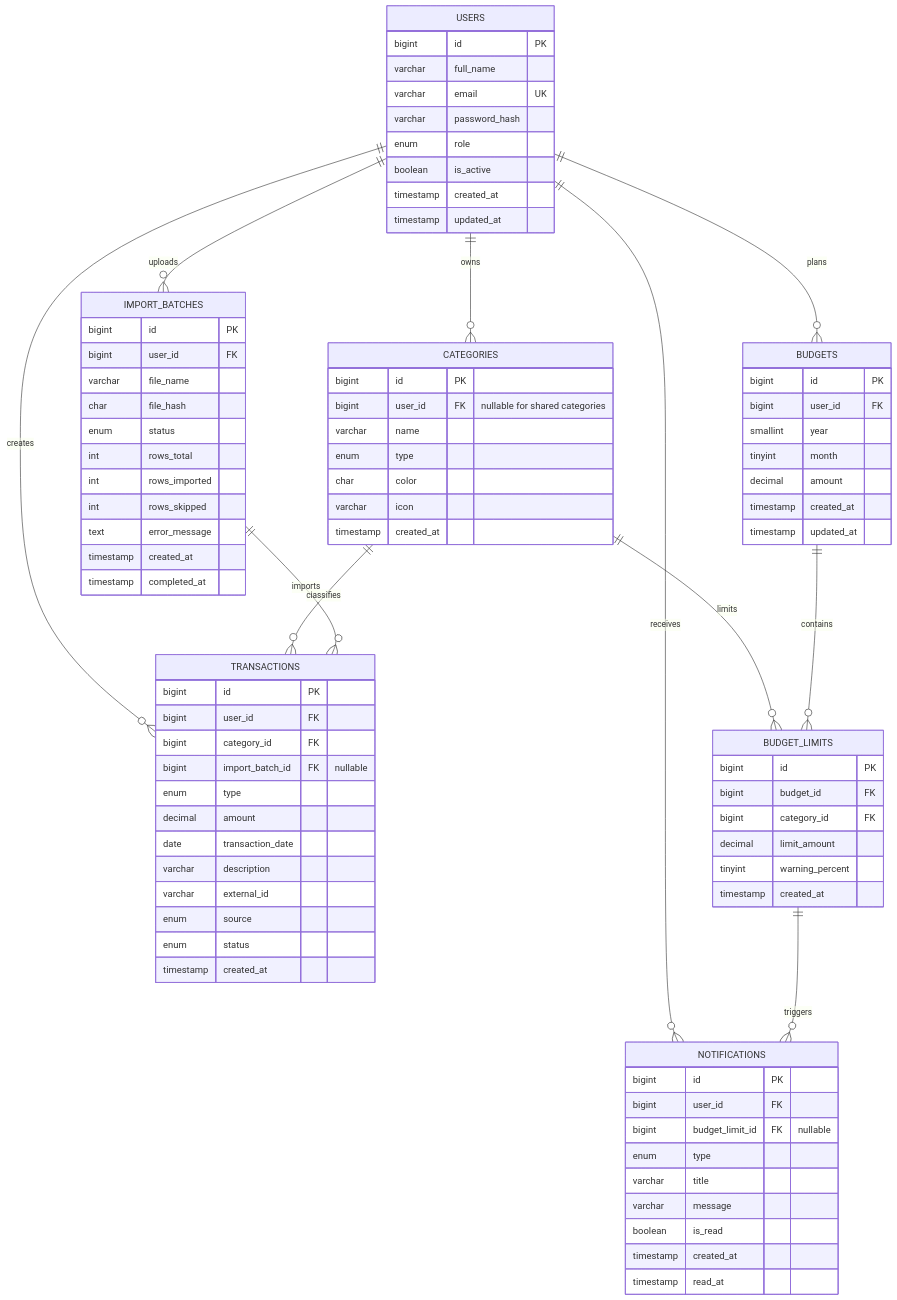
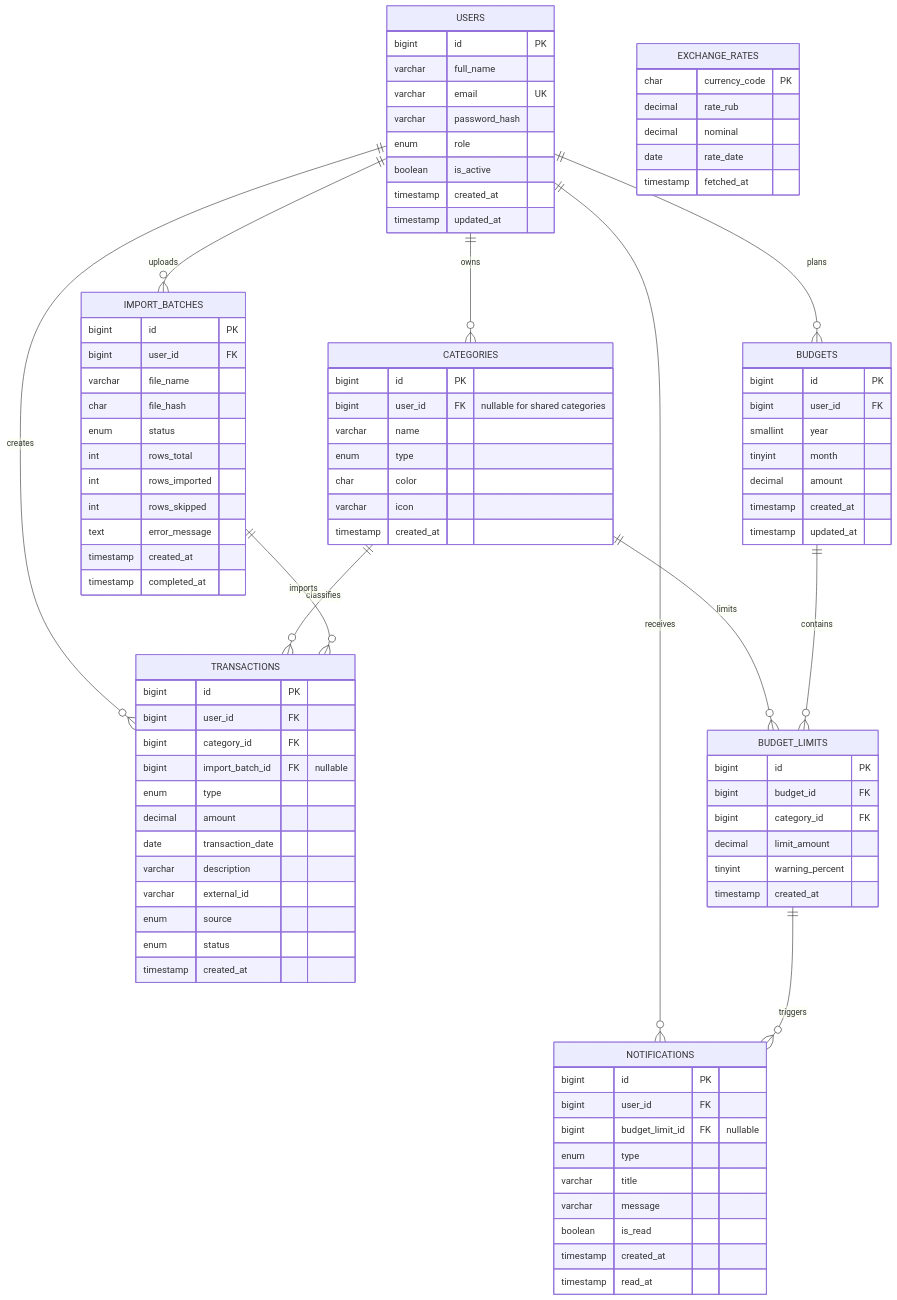
The diagram in ER/finance_app_ER.mmd (Egor-Sabanov/Finance-2), drawn with Mermaid before and after one commit. The commit also changed 28 other files, not shown here.

Commit message:
feat: integrate CBR currency rates and error logging

```diff
--- a/ER/finance_app_ER.mmd
+++ b/ER/finance_app_ER.mmd
@@ -1,91 +1,98 @@
 erDiagram
     USERS ||--o{ CATEGORIES : owns
     USERS ||--o{ TRANSACTIONS : creates
     USERS ||--o{ IMPORT_BATCHES : uploads
     USERS ||--o{ BUDGETS : plans
     USERS ||--o{ NOTIFICATIONS : receives
     CATEGORIES ||--o{ TRANSACTIONS : classifies
     CATEGORIES ||--o{ BUDGET_LIMITS : limits
     IMPORT_BATCHES ||--o{ TRANSACTIONS : imports
     BUDGETS ||--o{ BUDGET_LIMITS : contains
     BUDGET_LIMITS ||--o{ NOTIFICATIONS : triggers
 
     USERS {
         bigint id PK
         varchar full_name
         varchar email UK
         varchar password_hash
         enum role
         boolean is_active
         timestamp created_at
         timestamp updated_at
     }
     CATEGORIES {
         bigint id PK
         bigint user_id FK "nullable for shared categories"
         varchar name
         enum type
         char color
         varchar icon
         timestamp created_at
     }
     TRANSACTIONS {
         bigint id PK
         bigint user_id FK
         bigint category_id FK
         bigint import_batch_id FK "nullable"
         enum type
         decimal amount
         date transaction_date
         varchar description
         varchar external_id
         enum source
         enum status
         timestamp created_at
     }
     IMPORT_BATCHES {
         bigint id PK
         bigint user_id FK
         varchar file_name
         char file_hash
         enum status
         int rows_total
         int rows_imported
         int rows_skipped
         text error_message
         timestamp created_at
         timestamp completed_at
     }
     BUDGETS {
         bigint id PK
         bigint user_id FK
         smallint year
         tinyint month
         decimal amount
         timestamp created_at
         timestamp updated_at
     }
     BUDGET_LIMITS {
         bigint id PK
         bigint budget_id FK
         bigint category_id FK
         decimal limit_amount
         tinyint warning_percent
         timestamp created_at
     }
     NOTIFICATIONS {
         bigint id PK
         bigint user_id FK
         bigint budget_limit_id FK "nullable"
         enum type
         varchar title
         varchar message
         boolean is_read
         timestamp created_at
         timestamp read_at
     }
+    EXCHANGE_RATES {
+        char currency_code PK
+        decimal rate_rub
+        decimal nominal
+        date rate_date
+        timestamp fetched_at
+    }
 
 %% Composite transaction indexes:
 %% (user_id, transaction_date, id)
 %% (user_id, status, type, transaction_date, amount)
 %% (user_id, category_id, status, type, transaction_date, amount)
```
